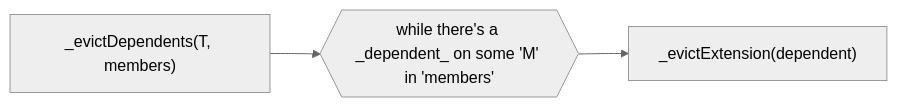
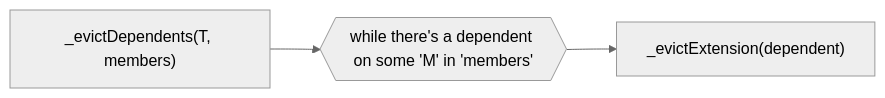
Before and after one commit to swiftlang/swift-syntax: the sixth of 8 diagrams in Sources/SwiftLexicalLookup/SwiftLexicalLookup.docc/TypeGraph.md, drawn with Mermaid (neutral theme). The commit also changed other lines of this file, not shown here.

````diff
--- a/Sources/SwiftLexicalLookup/SwiftLexicalLookup.docc/TypeGraph.md
+++ b/Sources/SwiftLexicalLookup/SwiftLexicalLookup.docc/TypeGraph.md
@@ -232,8 +225,8 @@
 ```mermaid
 flowchart LR
     evictDeps["_evictDependents(T, members)"]
-    whileDep{{"while there's a _dependent_ on some 'M' in 'members'"}}
+    whileDep{{"while there's a dependent on some 'M' in 'members'"}}
     evictExt["_evictExtension(dependent)"]
 
     evictDeps --> whileDep --> evictExt
 ```
````
